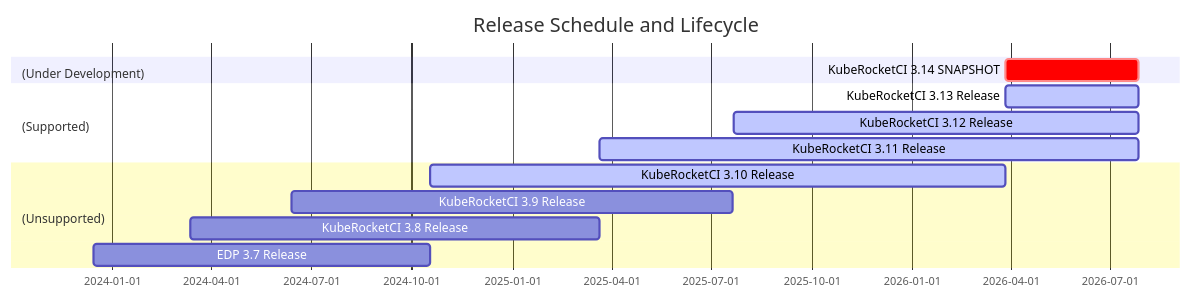
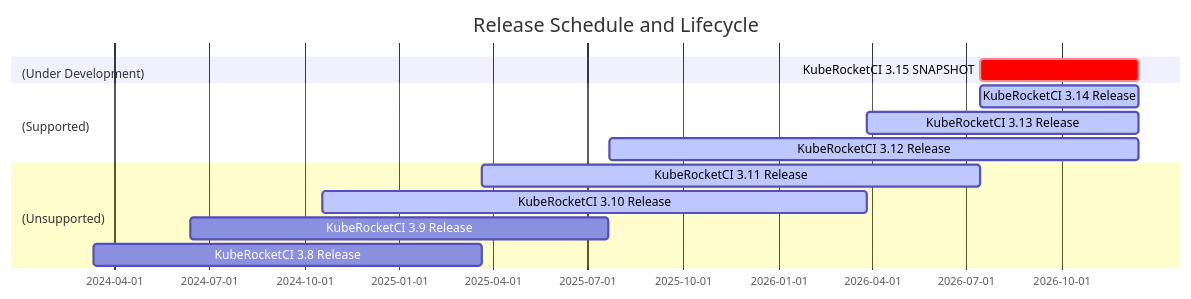
The diagram in docs/supported-versions.md (KubeRocketCI/docs), drawn with Mermaid before and after one commit. The commit also changed other lines of this file and 5 other files, not shown here.

````diff
--- a/docs/supported-versions.md
+++ b/docs/supported-versions.md
@@ -19,29 +19,30 @@
 ```mermaid
 gantt
     dateFormat  YYYY-MM-DD
     title Release Schedule and Lifecycle
 
     section (Under Development)
-    KubeRocketCI 3.14 SNAPSHOT: crit, r44, 2026-03-27, 2026-07-27
+    KubeRocketCI 3.15 SNAPSHOT: crit, r45, 2026-07-14, 2026-12-14
 
     section (Supported)
-    KubeRocketCI 3.13 Release: active, r43, 2026-03-27, 2026-07-27
+    KubeRocketCI 3.14 Release: active, r44, 2026-07-14, 2026-12-14
 
     section (Supported)
-    KubeRocketCI 3.12 Release: active, r42, 2025-07-22, 2026-07-27
+    KubeRocketCI 3.13 Release: active, r43, 2026-03-27, 2026-12-14
 
     section (Supported)
-    KubeRocketCI 3.11 Release: active, r41, 2025-03-21, 2026-07-27
+    KubeRocketCI 3.12 Release: active, r42, 2025-07-22, 2026-12-14
+
+    section (Unsupported)
+    KubeRocketCI 3.11 Release: active, r41, 2025-03-21, 2026-07-14
 
     section (Unsupported)
     KubeRocketCI 3.10 Release: active, r40, 2024-10-18, 2026-03-27
 
     section (Unsupported)
     KubeRocketCI 3.9 Release: r39, 2024-06-13, 2025-07-21
 
     section (Unsupported)
     KubeRocketCI 3.8 Release: r38, 2024-03-12, 2025-03-21
 
-    section (Unsupported)
-    EDP 3.7 Release: r37, 2023-12-15, 2024-10-18
 ```
````
